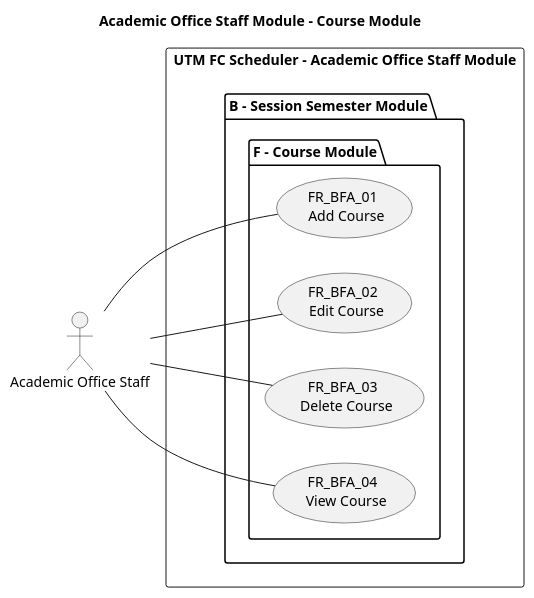
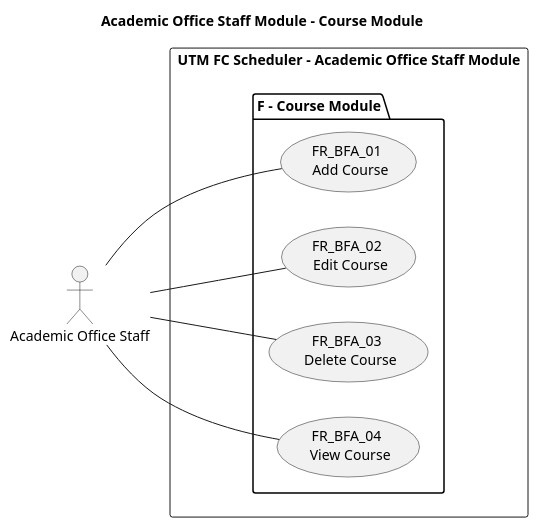
The diagram in use-case/academic-office-staff/Course Module.plantuml (AdmiJW/UTM-FC-Scheduler-UML), drawn with PlantUML before and after one commit. The commit also changed 27 other files, not shown here.

```diff
--- a/use-case/academic-office-staff/Course Module.plantuml
+++ b/use-case/academic-office-staff/Course Module.plantuml
@@ -1,36 +1,34 @@
 @startuml Academic Office Staff Module - Course Module
 
 title Academic Office Staff Module - Course Module
 left to right direction
 
 ' Use case ID format: FR_BBC_00
 ' FR: Functional Requirement
 ' A: Module. A for End-User, B for Academic Office Staff
 ' B: Sub-module
 ' C: Sub-module group
 ' 00: Use case number
 
 
 ' Actors
 "Academic Office Staff" as AOS
 
 ' Use Cases
 rectangle "UTM FC Scheduler - Academic Office Staff Module" {
-package "B - Session Semester Module" {
     package "F - Course Module" {
         usecase (FR_BFA_01 \n Add Course) as FR_BFA_01
         usecase (FR_BFA_02 \n Edit Course) as FR_BFA_02
         usecase (FR_BFA_03 \n Delete Course) as FR_BFA_03
         usecase (FR_BFA_04 \n View Course) as FR_BFA_04
     }
-}
 }
 
 ' Associations
 
 AOS -- FR_BFA_01
 AOS -- FR_BFA_02
 AOS -- FR_BFA_03
 AOS -- FR_BFA_04
 
 @enduml
```
